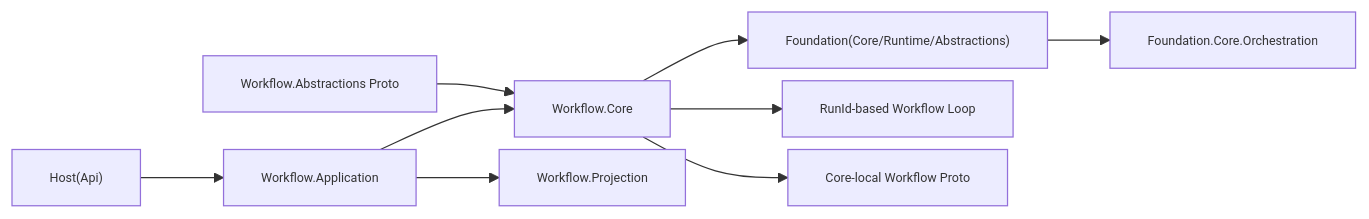
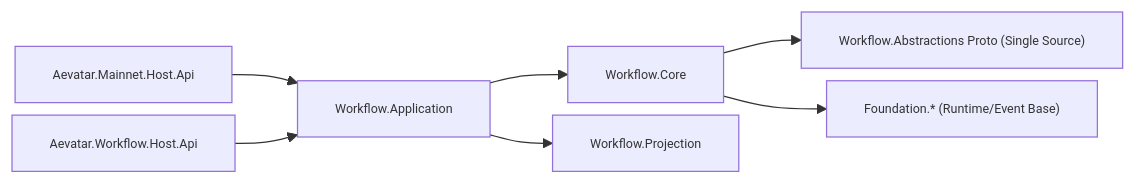
One commit to aevatarAI/aevatar changed the second of 3 diagrams in docs/audit-scorecard/merge-dev-architecture-scorecard-2026-02-21.md. Above: the diagram before and after it, drawn with Mermaid. The commit also changed other lines of this file and 1 other file, not shown here.

First line of the commit message:
Update architecture scorecard audit results and test coverage

````diff
--- a/docs/audit-scorecard/merge-dev-architecture-scorecard-2026-02-21.md
+++ b/docs/audit-scorecard/merge-dev-architecture-scorecard-2026-02-21.md
@@ -89,12 +73,10 @@
 ```mermaid
 %%{init: {"maxTextSize": 100000, "flowchart": {"useMaxWidth": false, "nodeSpacing": 10, "rankSpacing": 50}, "themeVariables": {"fontSize": "10px"}}}%%
 flowchart LR
-  H["Host(Api)"] --> A["Workflow.Application"]
-  A --> C["Workflow.Core"]
-  A --> P["Workflow.Projection"]
-  C --> F["Foundation(Core/Runtime/Abstractions)"]
-  F --> O["Foundation.Core.Orchestration"]
-  C --> R["RunId-based Workflow Loop"]
-  C --> X["Core-local Workflow Proto"]
-  AB["Workflow.Abstractions Proto"] --> C
+  HM["Aevatar.Mainnet.Host.Api"] --> APP["Workflow.Application"]
+  HW["Aevatar.Workflow.Host.Api"] --> APP
+  APP --> CORE["Workflow.Core"]
+  APP --> PROJ["Workflow.Projection"]
+  CORE --> AB["Workflow.Abstractions Proto (Single Source)"]
+  CORE --> FND["Foundation.* (Runtime/Event Base)"]
 ```
````
